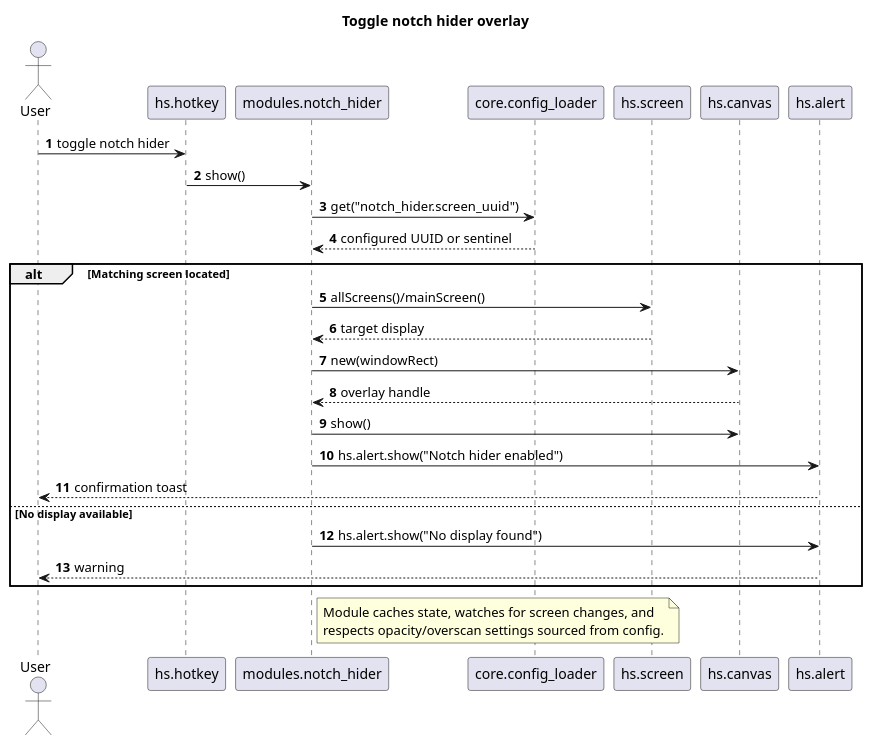
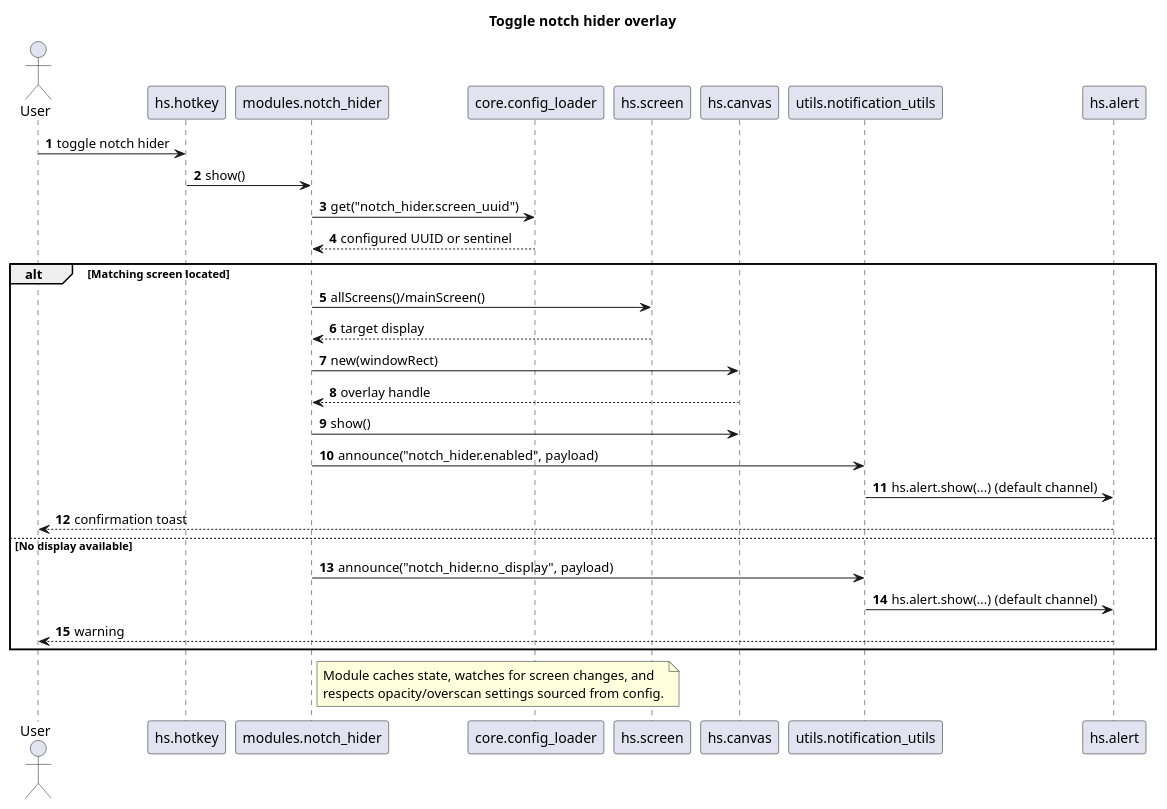
The diagram in docs/modules/diagrams/notch_hider_sequence.puml (CsHeng/dot-hammerspoon), drawn with PlantUML before and after one commit. The commit also changed 12 other files, not shown here.

```diff
--- a/docs/modules/diagrams/notch_hider_sequence.puml
+++ b/docs/modules/diagrams/notch_hider_sequence.puml
@@ -1,36 +1,39 @@
 @startuml NotchHiderSequence
 title Toggle notch hider overlay
 
 actor User as user
 participant "hs.hotkey" as hotkey
 participant "modules.notch_hider" as notch
 participant "core.config_loader" as config
 participant "hs.screen" as screen
 participant "hs.canvas" as canvas
+participant "utils.notification_utils" as notification
 participant "hs.alert" as alert
 
 autonumber
 
 user -> hotkey: toggle notch hider
 hotkey -> notch: show()
 notch -> config: get("notch_hider.screen_uuid")
 config --> notch: configured UUID or sentinel
 alt Matching screen located
     notch -> screen: allScreens()/mainScreen()
     screen --> notch: target display
     notch -> canvas: new(windowRect)
     canvas --> notch: overlay handle
     notch -> canvas: show()
-    notch -> alert: hs.alert.show("Notch hider enabled")
+    notch -> notification: announce("notch_hider.enabled", payload)
+    notification -> alert: hs.alert.show(...) (default channel)
     alert --> user: confirmation toast
 else No display available
-    notch -> alert: hs.alert.show("No display found")
+    notch -> notification: announce("notch_hider.no_display", payload)
+    notification -> alert: hs.alert.show(...) (default channel)
     alert --> user: warning
 end
 
 note right of notch
 Module caches state, watches for screen changes, and
 respects opacity/overscan settings sourced from config.
 end note
 
 @enduml
```
